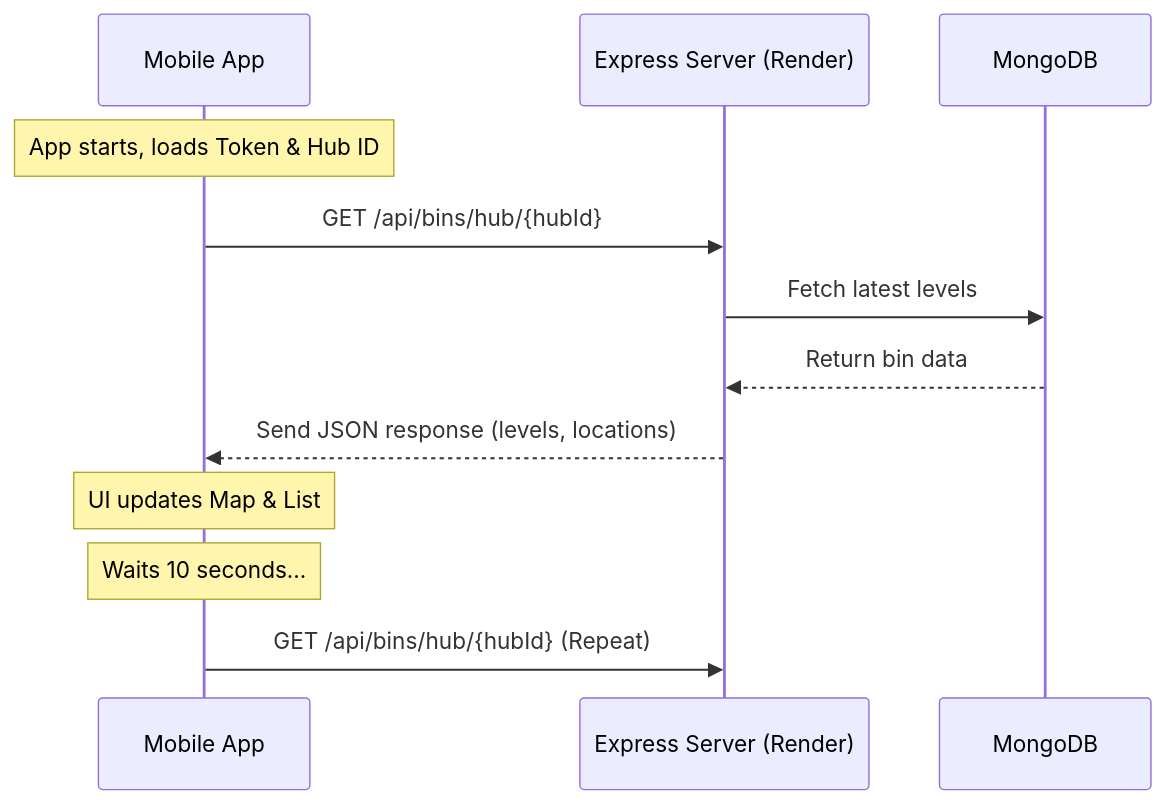
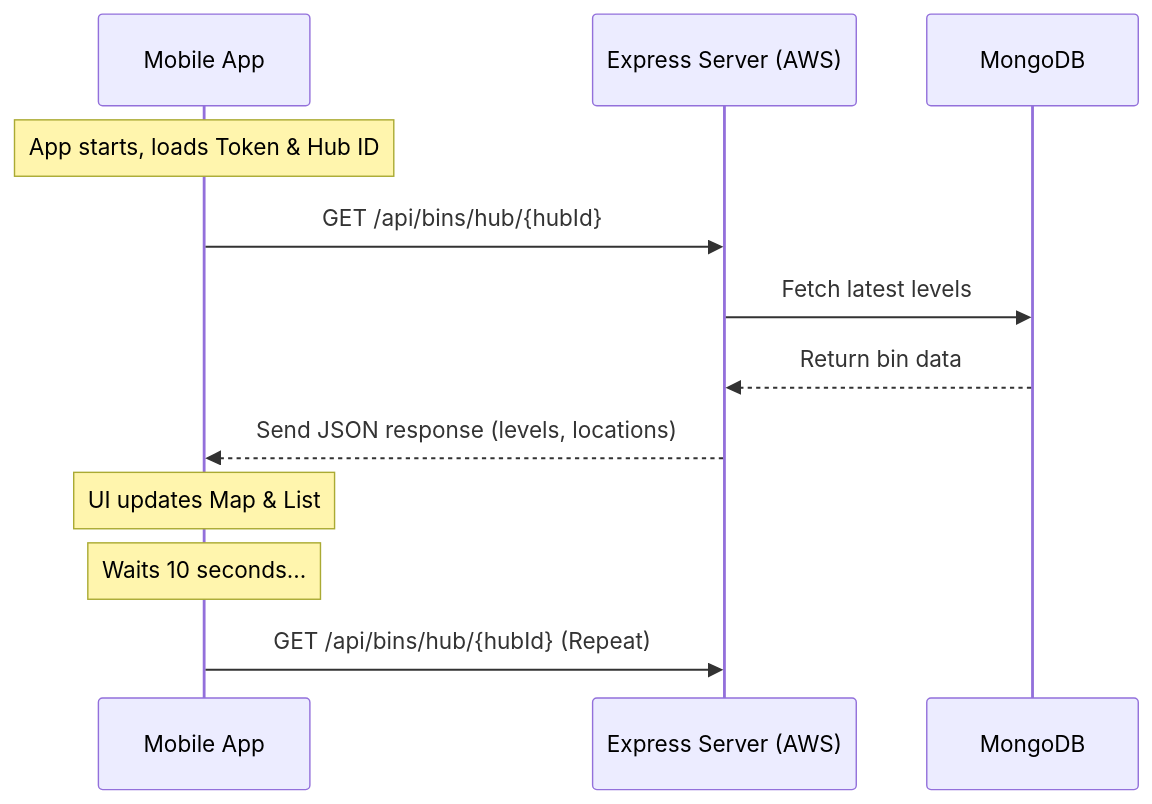
The diagram in walkthrough.md (gatemananmaggo-ship-it/smart-waste-management), drawn with Mermaid before and after one commit. The commit also changed other lines of this file and 9 other files, not shown here.

````diff
--- a/walkthrough.md
+++ b/walkthrough.md
@@ -26,16 +26,16 @@
 ```mermaid
 sequenceDiagram
     participant Mobile as Mobile App
-    participant Backend as Express Server (Render)
+    participant Backend as Express Server (AWS)
     participant DB as MongoDB
 
     Note over Mobile: App starts, loads Token & Hub ID
     Mobile->>Backend: GET /api/bins/hub/{hubId}
     Backend->>DB: Fetch latest levels
     DB-->>Backend: Return bin data
     Backend-->>Mobile: Send JSON response (levels, locations)
     Note over Mobile: UI updates Map & List
     
     Note over Mobile: Waits 10 seconds...
     Mobile->>Backend: GET /api/bins/hub/{hubId} (Repeat)
 ```
````
